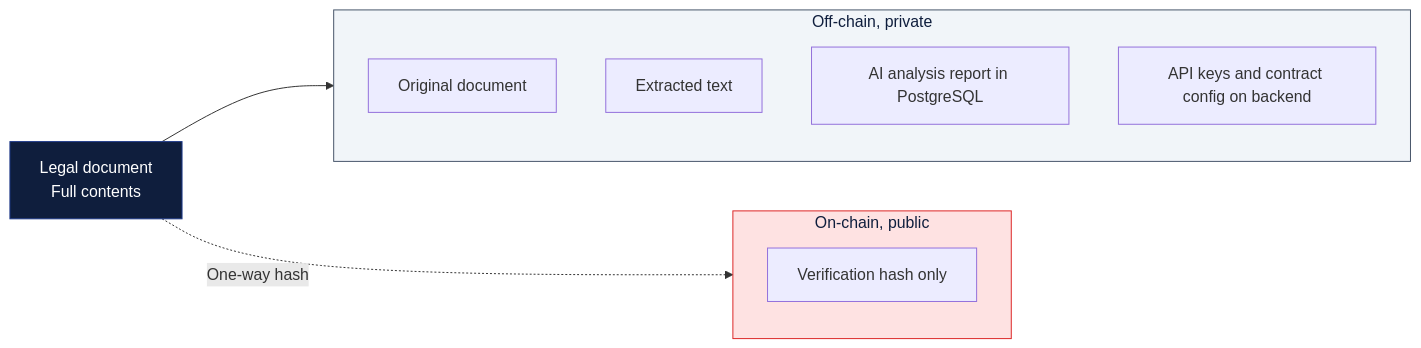
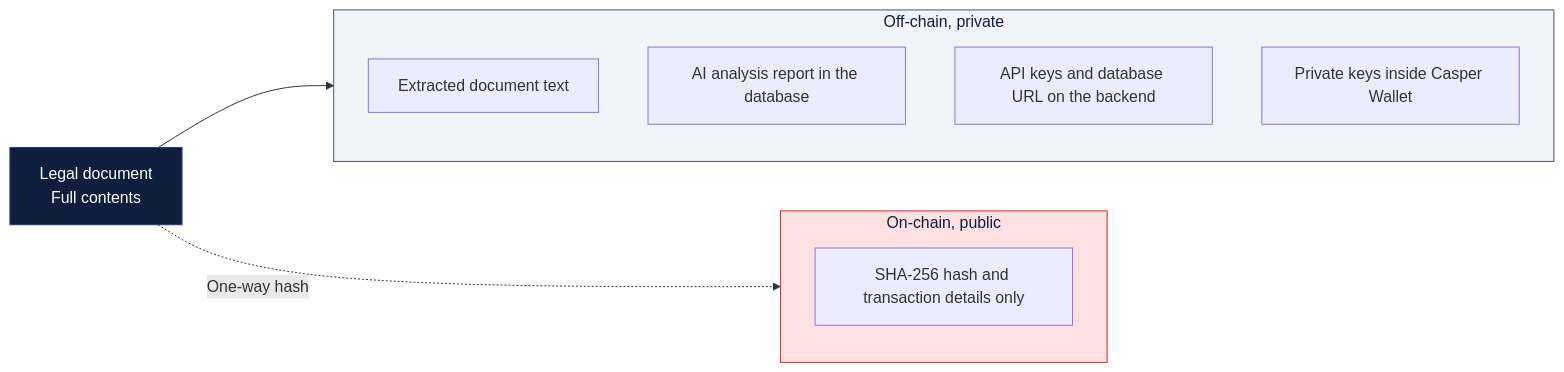
One commit to Hajrajadoon/LexProof-AI changed the sixth of 11 diagrams in README.md. Above: the diagram before and after it, drawn with Mermaid. The commit also changed other lines of this file, not shown here.

First line of the commit message:
Revise README with updated project details and features

````diff
--- a/README.md
+++ b/README.md
@@ -340,24 +337,24 @@
 ```mermaid
 flowchart LR
     DOC["Legal document<br/>Full contents"]
 
     subgraph OFF["Off-chain, private"]
         direction TB
-        A1["Original document"]
-        A2["Extracted text"]
-        A3["AI analysis report in PostgreSQL"]
-        A4["API keys and contract config on backend"]
+        A1["Extracted document text"]
+        A2["AI analysis report in the database"]
+        A3["API keys and database URL on the backend"]
+        A4["Private keys inside Casper Wallet"]
     end
 
     subgraph ON["On-chain, public"]
         direction TB
-        B1["Verification hash only"]
+        B1["SHA-256 hash and transaction details only"]
     end
 
     DOC --> OFF
     DOC -. "One-way hash" .-> ON
 
     style OFF fill:#F1F5F9,stroke:#475569,color:#0F1E3D
     style ON fill:#FEE2E2,stroke:#DC2626,color:#0F1E3D
     style DOC fill:#0F1E3D,stroke:#1E3A8A,color:#fff
 ```
````
